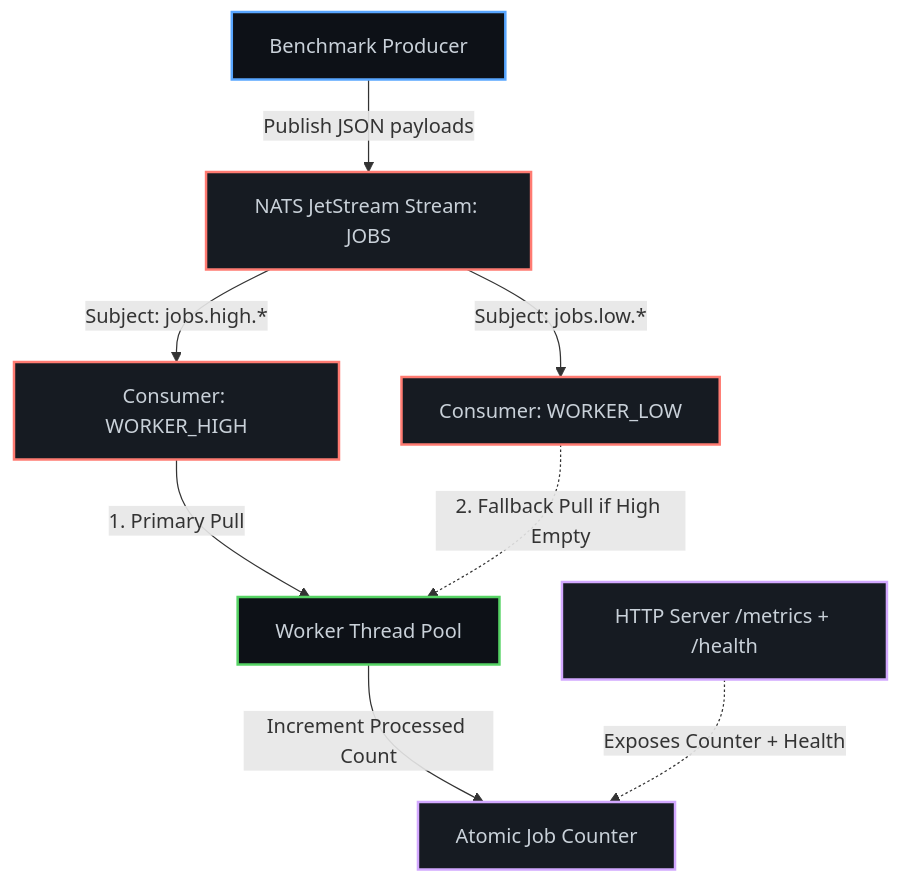
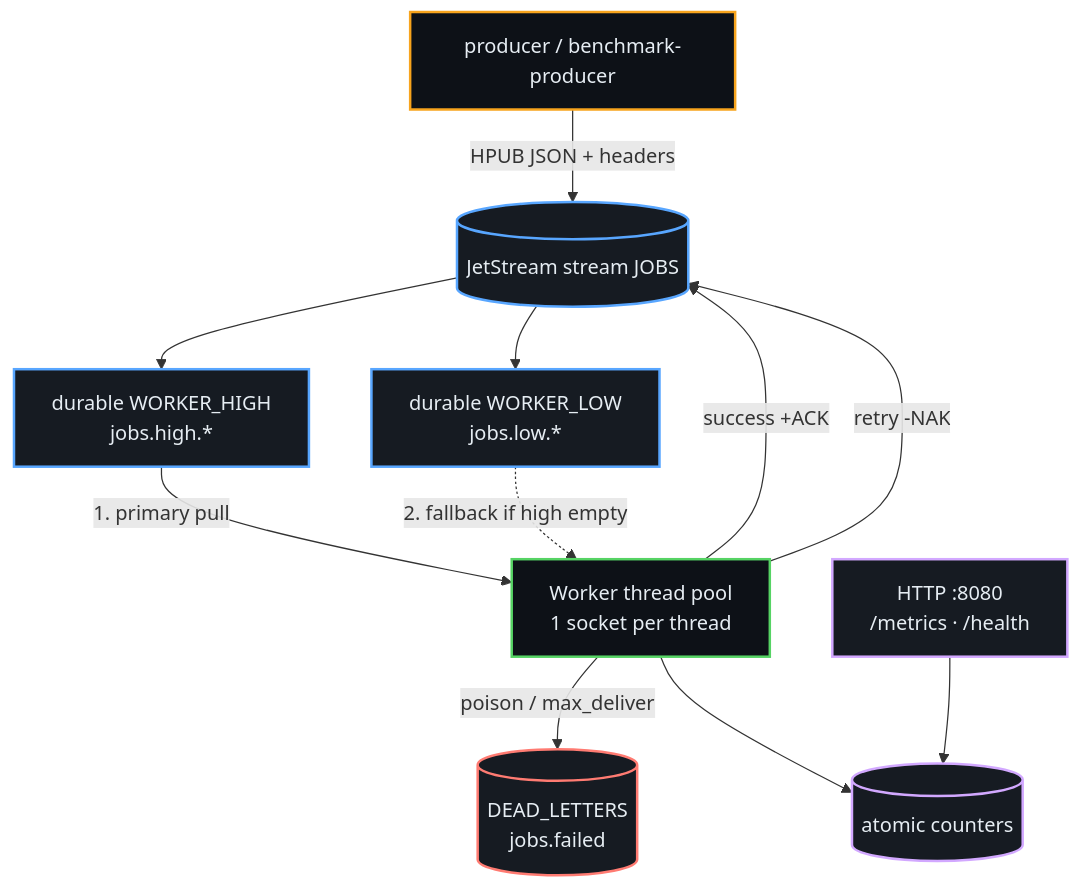
One commit to amafjarkasi/tachyon changed the diagram in README.md. Above: the diagram before and after it, drawn with Mermaid. The commit also changed other lines of this file and 10 other files, not shown here.

````diff
--- a/README.md
+++ b/README.md
@@ -145,17 +247,22 @@
 ```mermaid
-graph TD
-    classDef producer fill:#0d1117,stroke:#58a6ff,stroke-width:2px,color:#c9d1d9;
-    classDef nats fill:#161b22,stroke:#ff7b72,stroke-width:2px,color:#c9d1d9;
-    classDef worker fill:#0d1117,stroke:#56d364,stroke-width:2px,color:#c9d1d9;
-    classDef metric fill:#161b22,stroke:#d2a8ff,stroke-width:2px,color:#c9d1d9;
+flowchart TB
+    classDef prod fill:#0d1117,stroke:#f7a41d,stroke-width:2px,color:#e6edf3
+    classDef nats fill:#161b22,stroke:#58a6ff,stroke-width:2px,color:#e6edf3
+    classDef work fill:#0d1117,stroke:#56d364,stroke-width:2px,color:#e6edf3
+    classDef ops  fill:#161b22,stroke:#d2a8ff,stroke-width:2px,color:#e6edf3
+    classDef dlq  fill:#161b22,stroke:#ff7b72,stroke-width:2px,color:#e6edf3
 
-    P[Benchmark Producer]:::producer -->|Publish JSON payloads| N[NATS JetStream Stream: JOBS]:::nats
-    N -->|Subject: jobs.high.*| CH[Consumer: WORKER_HIGH]:::nats
-    N -->|Subject: jobs.low.*| CL[Consumer: WORKER_LOW]:::nats
+    P[producer / benchmark-producer]:::prod -->|HPUB JSON + headers| S[(JetStream stream JOBS)]:::nats
+    S --> CH[durable WORKER_HIGH<br/>jobs.high.*]:::nats
+    S --> CL[durable WORKER_LOW<br/>jobs.low.*]:::nats
 
-    CH -->|1. Primary Pull| WP[Worker Thread Pool]:::worker
-    CL -.->|2. Fallback Pull if High Empty| WP
+    CH -->|1. primary pull| WP[Worker thread pool<br/>1 socket per thread]:::work
+    CL -.->|2. fallback if high empty| WP
 
-    WP -->|Increment Processed Count| C[Atomic Job Counter]:::metric
-    M[HTTP Server /metrics + /health]:::metric -.->|Exposes Counter + Health| C
+    WP -->|success +ACK| S
+    WP -->|retry -NAK| S
+    WP -->|poison / max_deliver| DLQ[(DEAD_LETTERS<br/>jobs.failed)]:::dlq
+
+    WP --> C[(atomic counters)]:::ops
+    M[HTTP :8080<br/>/metrics · /health]:::ops --> C
 ```
````
